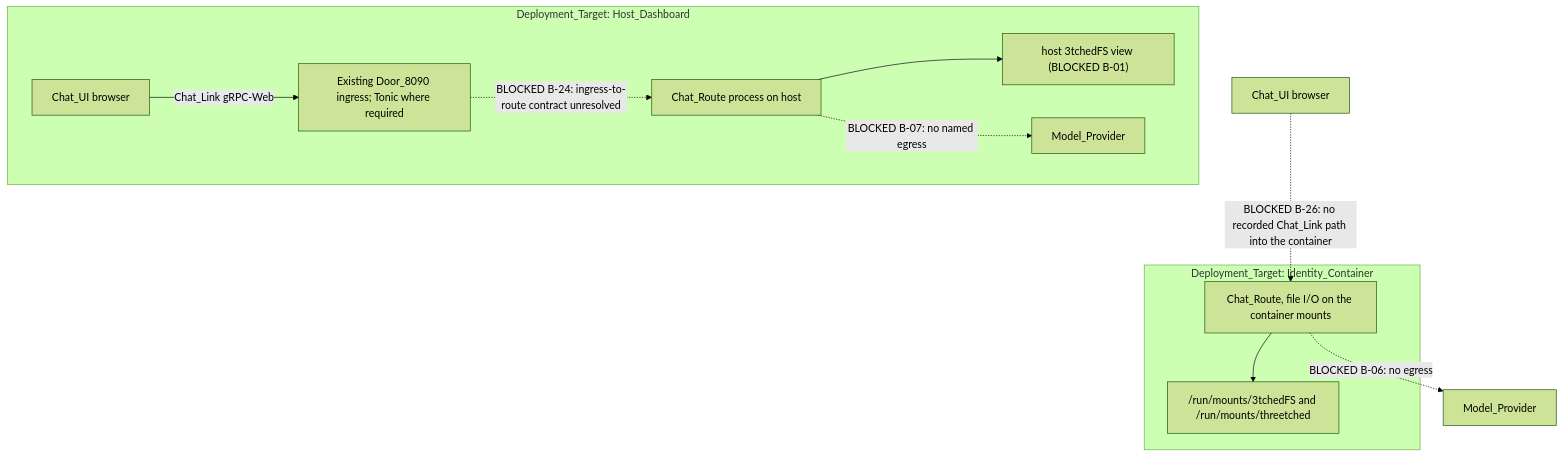
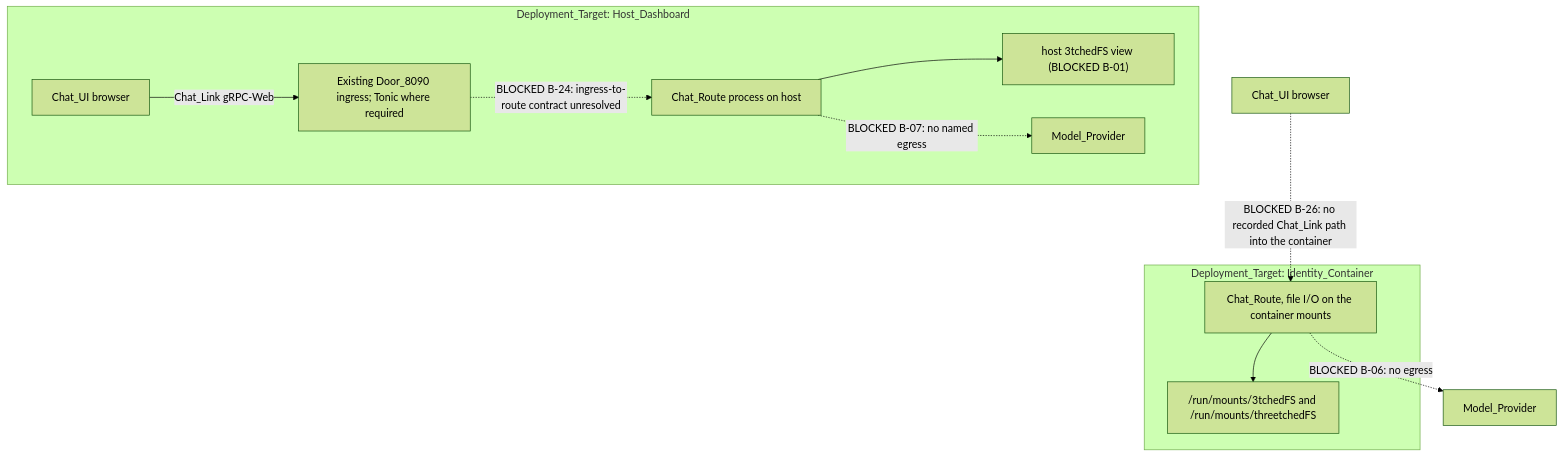
The second of 10 diagrams in .kiro/specs/identity-chat-interface/design.md (repr0bated/odbus-verified), drawn with Mermaid (forest theme) before and after one commit. The commit also changed other lines of this file and 41 other files, not shown here.

First line of the commit message:
feat(mounts,seed,net): FUSE and devices under /run/mounts; seed NextDNS from the sealed identity

````diff
--- a/.kiro/specs/identity-chat-interface/design.md
+++ b/.kiro/specs/identity-chat-interface/design.md
@@ -222,21 +222,21 @@
 ```mermaid
 flowchart TB
   subgraph IC["Deployment_Target: Identity_Container"]
     ICRoute["Chat_Route, file I/O on the container mounts"]
-    ICMount["/run/mounts/3tchedFS and /run/mounts/threetched"]
+    ICMount["/run/mounts/3tchedFS and /run/mounts/threetchedFS"]
     ICRoute --> ICMount
   end
   ICUI["Chat_UI browser"] -.->|"BLOCKED B-26: no recorded Chat_Link path into the container"| ICRoute
   ICRoute -.->|"BLOCKED B-06: no egress"| Prov1["Model_Provider"]
 
   subgraph HD["Deployment_Target: Host_Dashboard"]
     Browser2["Chat_UI browser"]
     Door["Existing Door_8090 ingress; Tonic where required"]
     HDRoute["Chat_Route process on host"]
     HDMount["host 3tchedFS view (BLOCKED B-01)"]
     Browser2 -->|"Chat_Link gRPC-Web"| Door
     Door -.->|"BLOCKED B-24: ingress-to-route contract unresolved"| HDRoute
     HDRoute --> HDMount
     HDRoute -.->|"BLOCKED B-07: no named egress"| Prov2["Model_Provider"]
   end
 ```
````
